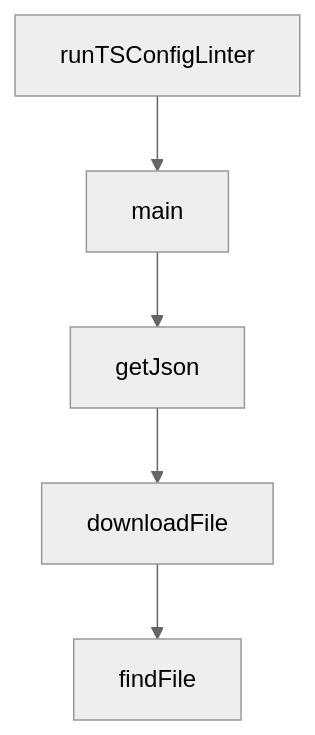
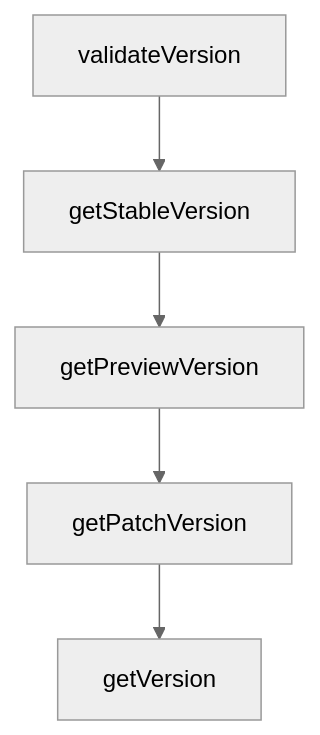
Before and after one commit to johnxie/awesome-code-docs: the second of 2 diagrams in tutorials/gemini-cli-tutorial/02-architecture-tools-and-agent-loop.md, drawn with Mermaid (neutral theme). The commit also changed other lines of this file and 1232 other files, not shown here.

````diff
--- a/tutorials/gemini-cli-tutorial/02-architecture-tools-and-agent-loop.md
+++ b/tutorials/gemini-cli-tutorial/02-architecture-tools-and-agent-loop.md
@@ -230,12 +228,12 @@
 ```mermaid
 flowchart TD
-    A[runTSConfigLinter]
-    B[main]
-    C[getJson]
-    D[downloadFile]
-    E[findFile]
+    A[validateVersion]
+    B[getStableVersion]
+    C[getPreviewVersion]
+    D[getPatchVersion]
+    E[getVersion]
     A --> B
     B --> C
     C --> D
     D --> E
 ```
````
